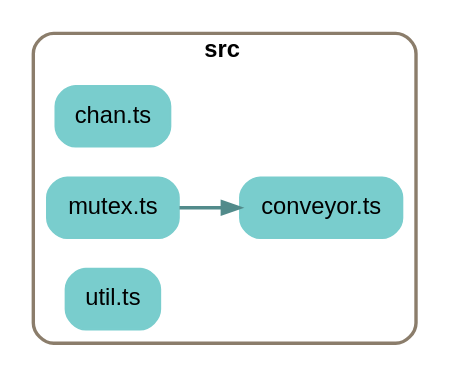
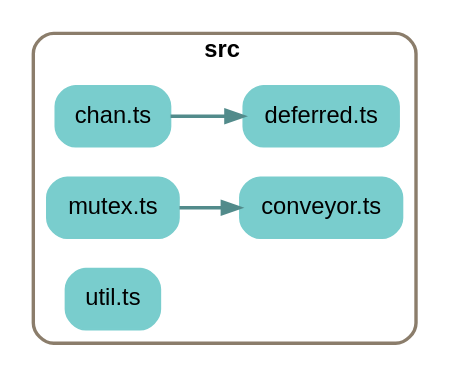
One commit to cinnamon-bun/concurrency-friends changed the diagram in depchart/depchart-basic.dot. Above: the diagram before and after it, drawn with Graphviz. The commit also changed 5 other files, not shown here.

```diff
--- a/depchart/depchart-basic.dot
+++ b/depchart/depchart-basic.dot
@@ -1,30 +1,32 @@
 
 digraph G {
     //splines=line;
     //splines=polyline;
     splines=true;
     rankdir=LR;
     //newrank=true;
     compound=true;
     graph [fontname = "helvetica"];  // dpi=72
     node [fontname = "helvetica"];
     edge [fontname = "helvetica"];
     
     // files in their folder clusters
 
-    subgraph cluster5960195471 {
+    subgraph cluster2311094660 {
         label=<<b>src</b>>;
         style="rounded";
         color=bisque4;
         penwidth=2;
                 
         "src/chan.ts" [label="chan.ts", shape=rectangle; style="rounded,filled"; color=darkslategray3];
         "src/conveyor.ts" [label="conveyor.ts", shape=rectangle; style="rounded,filled"; color=darkslategray3];
+        "src/deferred.ts" [label="deferred.ts", shape=rectangle; style="rounded,filled"; color=darkslategray3];
         "src/mutex.ts" [label="mutex.ts", shape=rectangle; style="rounded,filled"; color=darkslategray3];
         "src/util.ts" [label="util.ts", shape=rectangle; style="rounded,filled"; color=darkslategray3];
     }
 
     // edges between files
+    "src/chan.ts" -> "src/deferred.ts" [penwidth=2; color=darkslategray4];
     "src/mutex.ts" -> "src/conveyor.ts" [penwidth=2; color=darkslategray4];
 
 }
```
